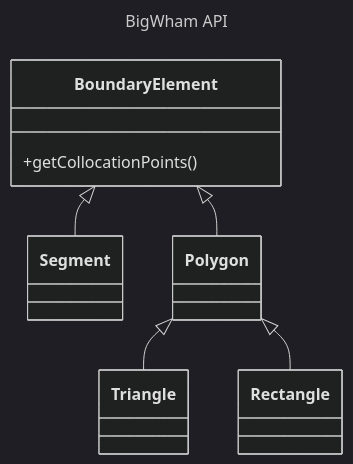
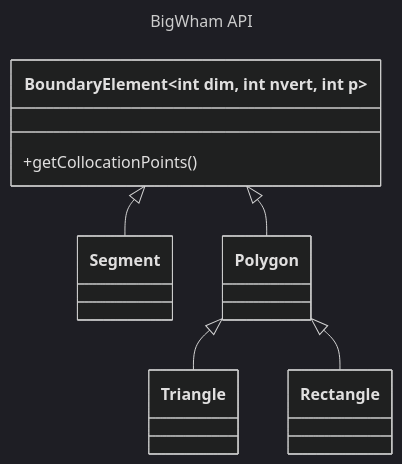
The diagram in API.md (sbrisson-sudo/BigWham_dev), drawn with Mermaid (dark theme) before and after one commit.

````diff
--- a/API.md
+++ b/API.md
@@ -5,21 +5,20 @@
 ```mermaid
 ---
 title: BigWham API
 ---
 classDiagram
-    BoundaryElement <|-- Segment
-    BoundaryElement <|-- Polygon
-    Polygon <|-- Triangle
-    Polygon <|-- Rectangle
-
-    
-    class BoundaryElement{
+    class BoundaryElement~int dim, int nvert, int p~{
         +getCollocationPoints()
     }
     class Segment{
     }
     class Triangle{
     }
     class Polygon{
     }
+    BoundaryElement <|-- Segment
+    BoundaryElement <|-- Polygon
+    Polygon <|-- Triangle
+    Polygon <|-- Rectangle
+
 ```
````
